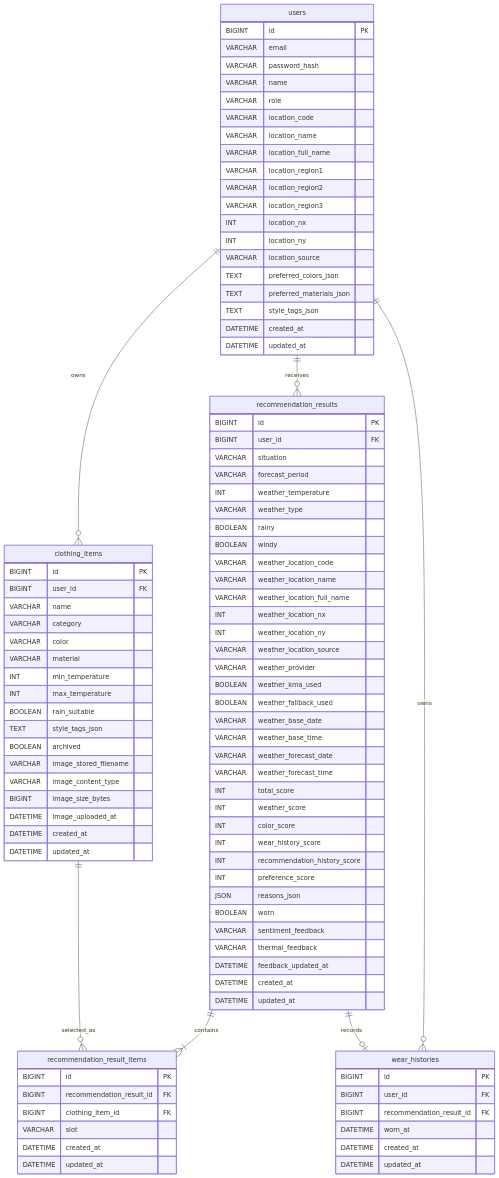
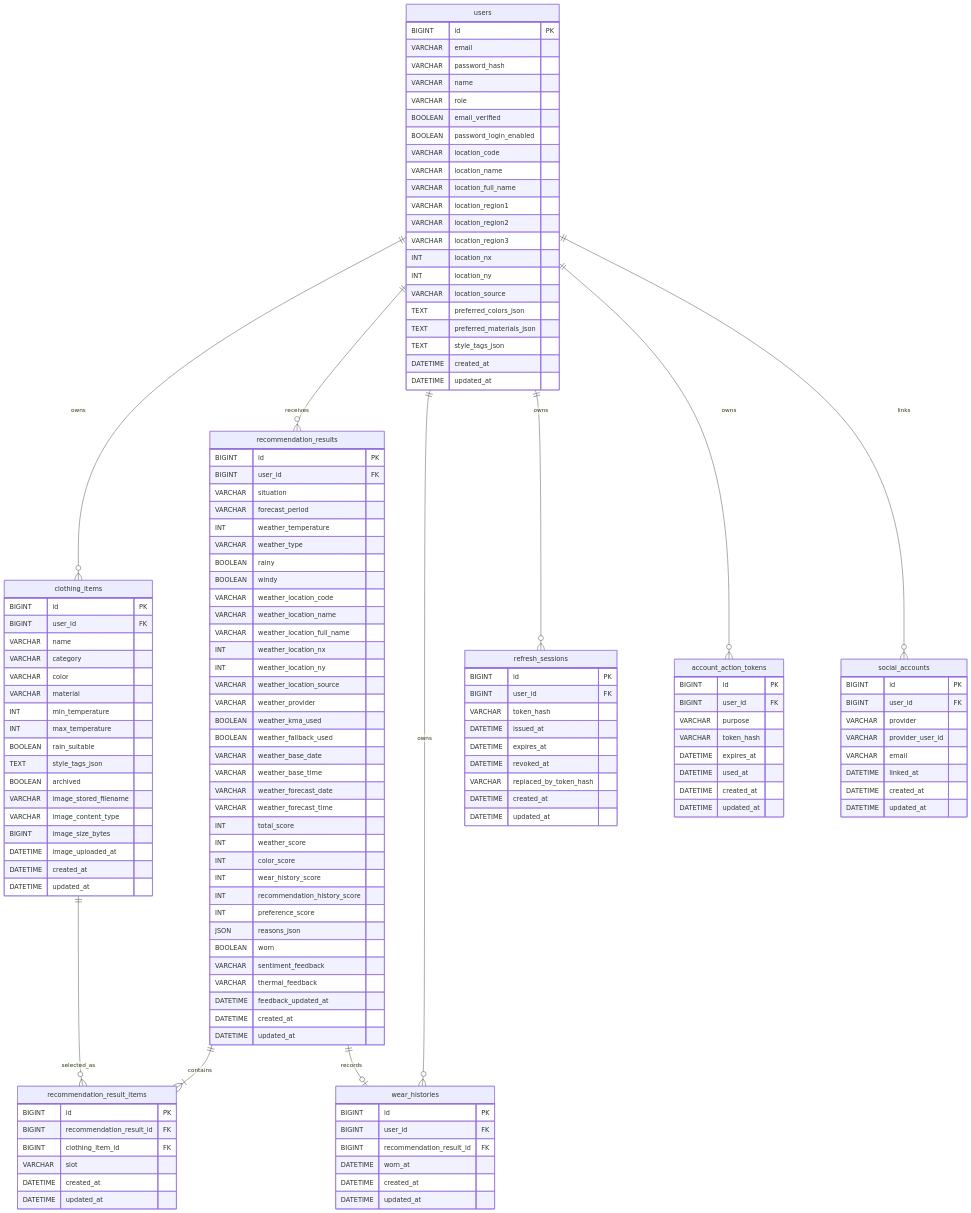
The diagram in docs/ERD.md (vanilalatte03/SmartCloset-v2), drawn with Mermaid before and after one commit. The commit also changed other lines of this file and 33 other files, not shown here.

```diff
--- a/docs/ERD.md
+++ b/docs/ERD.md
@@ -29,10 +29,13 @@
 erDiagram
   users ||--o{ clothing_items : owns
   users ||--o{ recommendation_results : receives
+  users ||--o{ wear_histories : owns
+  users ||--o{ refresh_sessions : owns
+  users ||--o{ account_action_tokens : owns
+  users ||--o{ social_accounts : links
   recommendation_results ||--|{ recommendation_result_items : contains
   clothing_items ||--o{ recommendation_result_items : selected_as
   recommendation_results ||--o| wear_histories : records
-  users ||--o{ wear_histories : owns
 
   users {
     BIGINT id PK
@@ -40,6 +43,8 @@
     VARCHAR password_hash
     VARCHAR name
     VARCHAR role
+    BOOLEAN email_verified
+    BOOLEAN password_login_enabled
     VARCHAR location_code
     VARCHAR location_name
     VARCHAR location_full_name
@@ -52,6 +57,40 @@
     TEXT preferred_colors_json
     TEXT preferred_materials_json
     TEXT style_tags_json
+    DATETIME created_at
+    DATETIME updated_at
+  }
+
+  refresh_sessions {
+    BIGINT id PK
+    BIGINT user_id FK
+    VARCHAR token_hash
+    DATETIME issued_at
+    DATETIME expires_at
+    DATETIME revoked_at
+    VARCHAR replaced_by_token_hash
+    DATETIME created_at
+    DATETIME updated_at
+  }
+
+  account_action_tokens {
+    BIGINT id PK
+    BIGINT user_id FK
+    VARCHAR purpose
+    VARCHAR token_hash
+    DATETIME expires_at
+    DATETIME used_at
+    DATETIME created_at
+    DATETIME updated_at
+  }
+
+  social_accounts {
+    BIGINT id PK
+    BIGINT user_id FK
+    VARCHAR provider
+    VARCHAR provider_user_id
+    VARCHAR email
+    DATETIME linked_at
     DATETIME created_at
     DATETIME updated_at
   }
```
